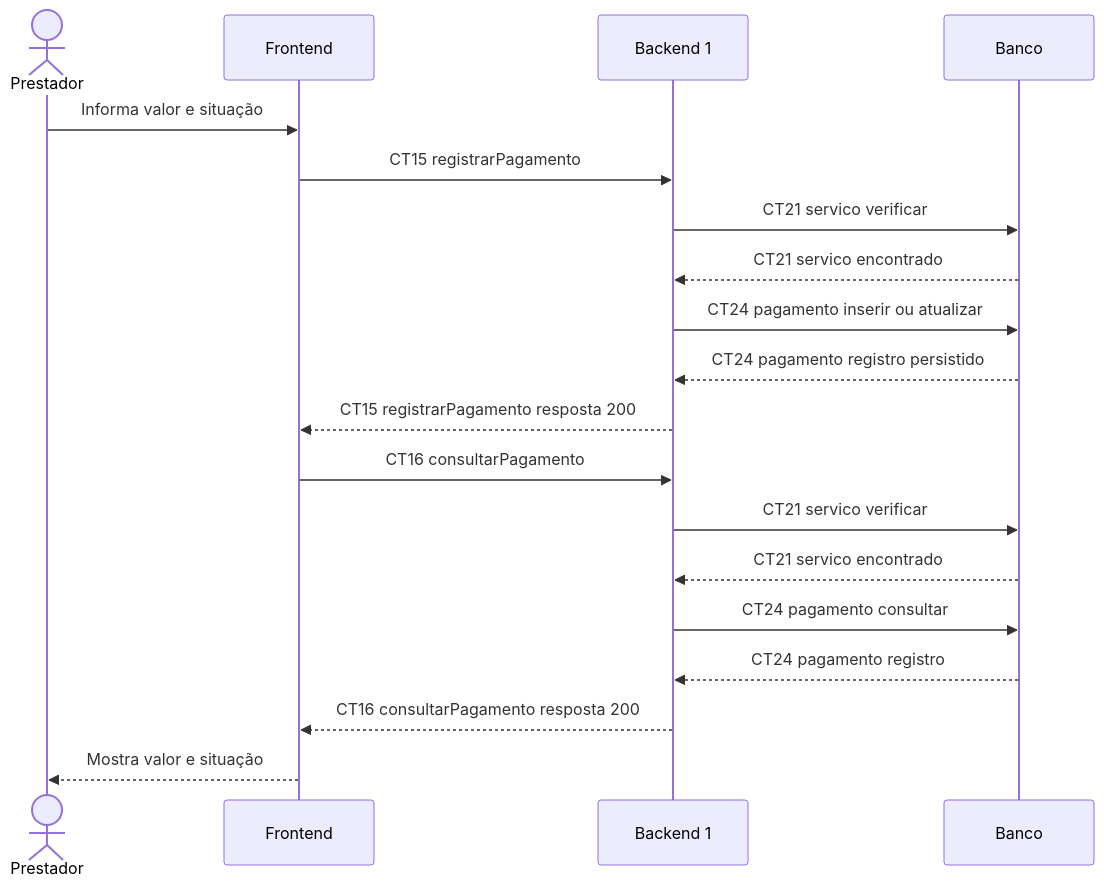
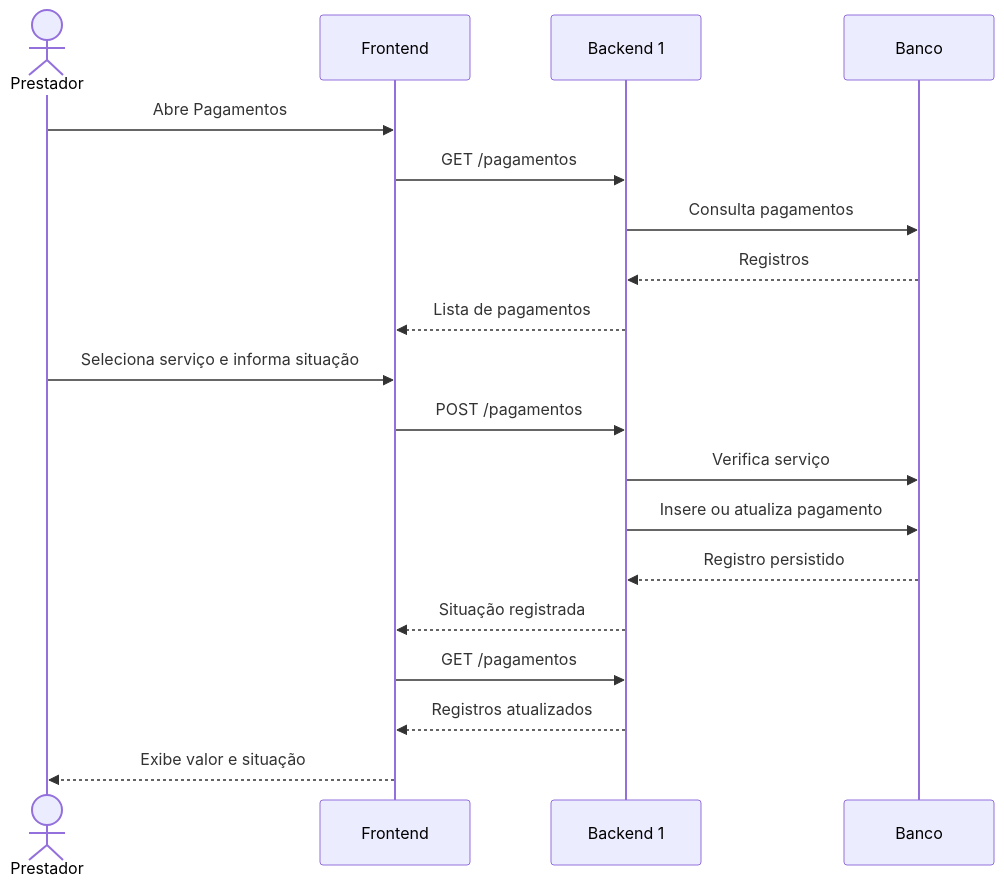
The diagram in pi4-0102-g3-frontend/docs/fluxos/E9.md (vnsete/pi4-0102-g3-frontend), drawn with Mermaid before and after one commit. The commit also changed other lines of this file, not shown here.

````diff
--- a/pi4-0102-g3-frontend/docs/fluxos/E9.md
+++ b/pi4-0102-g3-frontend/docs/fluxos/E9.md
@@ -19,21 +22,22 @@
 ```mermaid
 sequenceDiagram
     actor P as Prestador
     participant F as Frontend
     participant B1 as Backend 1
     participant DB as Banco
-    P->>F: Informa valor e situação
-    F->>B1: CT15 registrarPagamento
-    B1->>DB: CT21 servico verificar
-    DB-->>B1: CT21 servico encontrado
-    B1->>DB: CT24 pagamento inserir ou atualizar
-    DB-->>B1: CT24 pagamento registro persistido
-    B1-->>F: CT15 registrarPagamento resposta 200
-    F->>B1: CT16 consultarPagamento
-    B1->>DB: CT21 servico verificar
-    DB-->>B1: CT21 servico encontrado
-    B1->>DB: CT24 pagamento consultar
-    DB-->>B1: CT24 pagamento registro
-    B1-->>F: CT16 consultarPagamento resposta 200
-    F-->>P: Mostra valor e situação
+
+    P->>F: Abre Pagamentos
+    F->>B1: GET /pagamentos
+    B1->>DB: Consulta pagamentos
+    DB-->>B1: Registros
+    B1-->>F: Lista de pagamentos
+    P->>F: Seleciona serviço e informa situação
+    F->>B1: POST /pagamentos
+    B1->>DB: Verifica serviço
+    B1->>DB: Insere ou atualiza pagamento
+    DB-->>B1: Registro persistido
+    B1-->>F: Situação registrada
+    F->>B1: GET /pagamentos
+    B1-->>F: Registros atualizados
+    F-->>P: Exibe valor e situação
 ```
````
